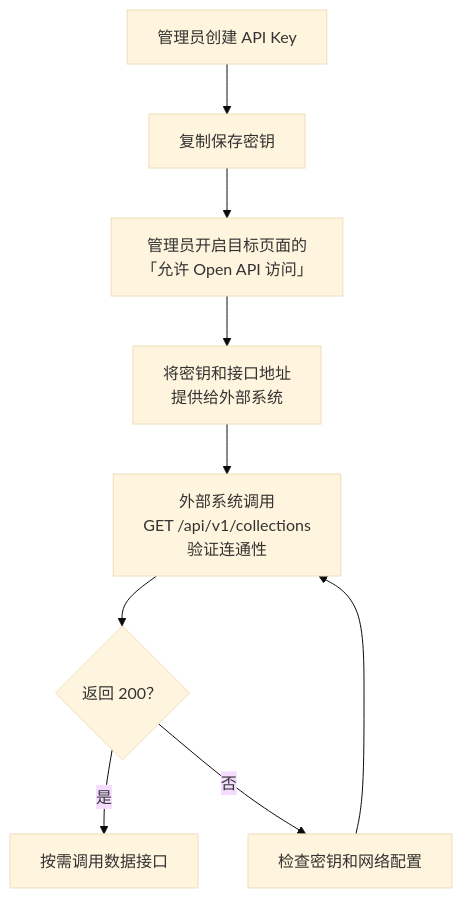
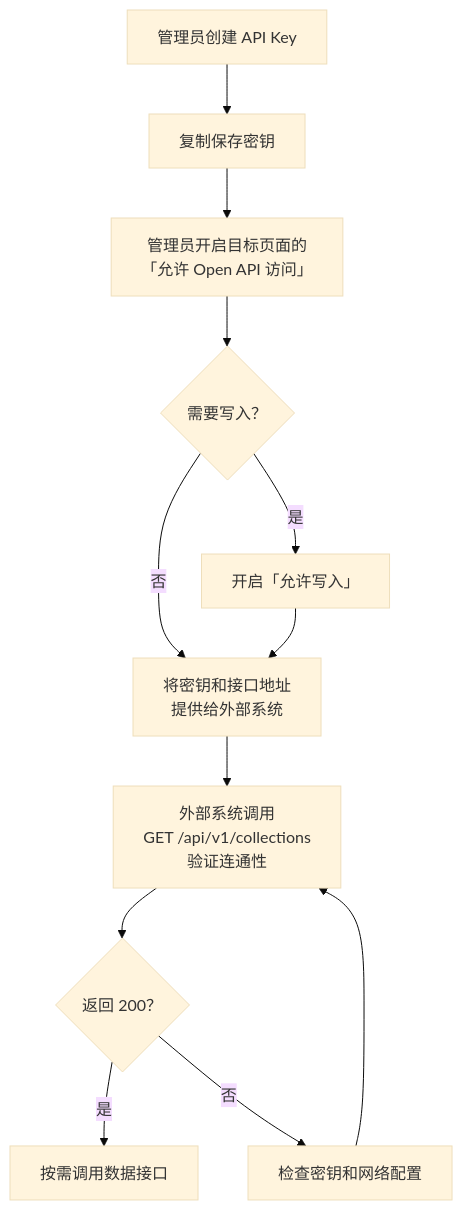
Before and after one commit to morningKing/check-manage: the second of 2 diagrams in docs/OpenAPI接口文档.md, drawn with Mermaid (base theme). The commit also changed other lines of this file and 7 other files, not shown here.

````diff
--- a/docs/OpenAPI接口文档.md
+++ b/docs/OpenAPI接口文档.md
@@ -620,11 +923,14 @@
 ```mermaid
 flowchart TD
     A[管理员创建 API Key] --> B[复制保存密钥]
     B --> C[管理员开启目标页面的\n「允许 Open API 访问」]
-    C --> D[将密钥和接口地址\n提供给外部系统]
+    C --> C2{需要写入？}
+    C2 -- 是 --> C3[开启「允许写入」]
+    C2 -- 否 --> D
+    C3 --> D[将密钥和接口地址\n提供给外部系统]
     D --> E[外部系统调用\nGET /api/v1/collections\n验证连通性]
     E --> F{返回 200？}
     F -- 是 --> G[按需调用数据接口]
     F -- 否 --> H[检查密钥和网络配置]
     H --> E
 ```
````
